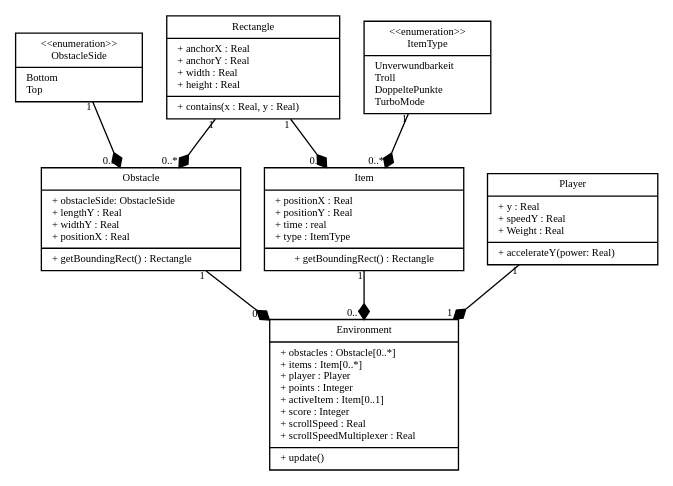
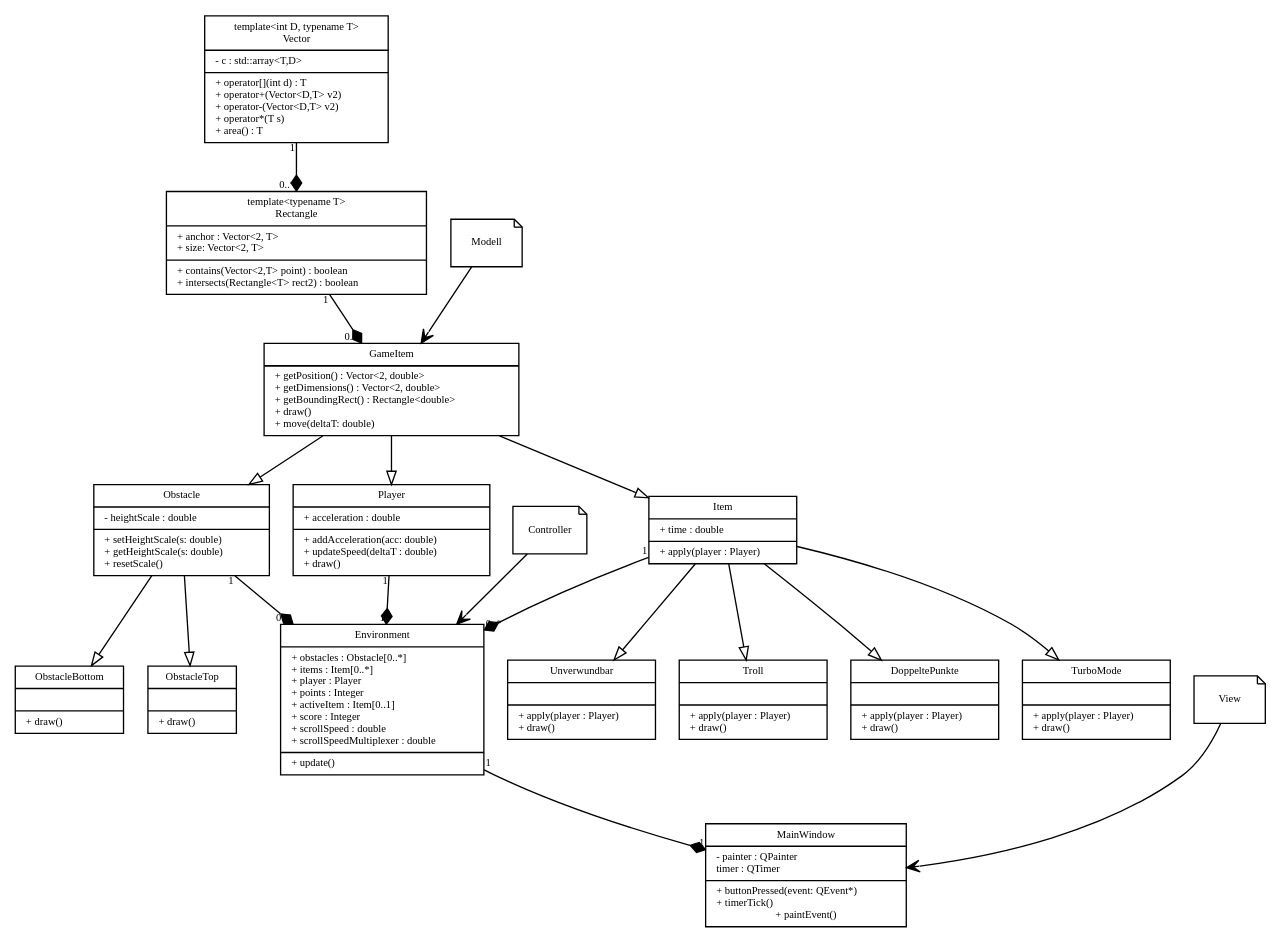
The diagram in Blatt04/klassendiagrammFlappyWizard.dot (aul12/SoPra), drawn with Graphviz before and after one commit. The commit also changed 1 other file, not shown here.

Commit message:
Uml Klassendiagramm soweit fertig

```diff
--- a/Blatt04/klassendiagrammFlappyWizard.dot
+++ b/Blatt04/klassendiagrammFlappyWizard.dot
@@ -1,80 +1,147 @@
 digraph G {
+    // General Layout
     fontname = "Bitstream Vera Sans"
     fontsize = 8
 
     node [
         fontname = "Bitstream Vera Sans"
         fontsize = 8
         shape = "record"
     ]
 
     edge [
         fontname = "Bitstream Vera Sans"
         fontsize = 8
+        arrowhead = "onormal"
+    ]
+
+    // Classes
+    MainWindow [
+        label = "{MainWindow|- painter : QPainter\ltimer : QTimer\l|+ buttonPressed(event: QEvent*)\l+ timerTick()\l+ paintEvent()}" 
     ]
 
     Environment [
-        label = "{Environment|+ obstacles : Obstacle[0..*]\l+ items : Item[0..*]\l+ player : Player\l+ points : Integer\l+ activeItem : Item[0..1]\l+ score : Integer\l+ scrollSpeed : Real\l+ scrollSpeedMultiplexer : Real\l|+ update()\l}"
+        label = "{Environment|+ obstacles : Obstacle[0..*]\l+ items : Item[0..*]\l+ player : Player\l+ points : Integer\l+ activeItem : Item[0..1]\l+ score : Integer\l+ scrollSpeed : double\l+ scrollSpeedMultiplexer : double\l|+ update()\l}"
     ]
 
+    GameItem [
+        label = "{GameItem|- boundingRect : Rectangle<double>\l- speed : Vector\<2, double\>\l|+ getPosition() : Vector\<2, double\>\l+ getDimensions() : Vector\<2, double\>\l+ getBoundingRect() : Rectangle\<double\>\l+ draw()\l+ move(deltaT: double)\l}"
+    ]
     Obstacle [
-        label = "{Obstacle|+ obstacleSide: ObstacleSide\l+ lengthY : Real\l+ widthY : Real\l+ positionX : Real\l|+ getBoundingRect() : Rectangle\l}"
+        label = "{Obstacle|- heightScale : double\l|+ setHeightScale(s: double)\l+ getHeightScale(s: double)\l+ resetScale()\l}"
     ]       
 
     Item [
-        label = "{Item|+ positionX : Real\l+ positionY : Real\l+ time : real\l+ type : ItemType\l|+ getBoundingRect() : Rectangle}"
+        label = "{Item|+ time : double\l| + apply(player : Player)\l}"
+    ]
+
+    ItemTypeUnverwundbar [
+        label = "{Unverwundbar||+ apply(player : Player)\l+ draw()\l}"
+    ]
+    ItemTypeTroll [
+        label = "{Troll||+ apply(player : Player)\l+ draw()\l}"
+    ]
+    ItemTypeDoppeltePunkte [
+        label = "{DoppeltePunkte||+ apply(player : Player)\l+ draw()\l}"
+    ]
+    ItemTypeTurboMode [
+        label = "{TurboMode||+ apply(player : Player)\l+ draw()\l}"
     ]
 
     Player [
-        label = "{Player|+ y : Real\l+ speedY : Real\l+ Weight : Real\l|+ accelerateY(power: Real)\l}"
+        label = "{Player|+ acceleration : double\l|+ addAcceleration(acc: double)\l+ updateSpeed(deltaT : double)\l+ draw()\l}"
     ]
     
-    ObstacleSide [
-        label = "{\<\<enumeration\>\>\nObstacleSide| Bottom\l Top\l}"
+    ObstacleTop [
+        label = "{ObstacleBottom|| + draw()\l}"
+    ]
+    ObstacleBottom [
+        label = "{ObstacleTop|| + draw()\l}"
     ]
 
     Rectangle [
-        label = "{Rectangle|+ anchorX : Real\l+ anchorY : Real\l+ width : Real\l+ height : Real\l|+ contains(x : Real, y : Real)\l}"
+        label = "{template\<typename T\>\nRectangle|+ anchor : Vector\<2, T\>\l+ size: Vector\<2, T\>\l|+ contains(Vector\<2,T\> point) : boolean\l+ intersects(Rectangle\<T\> rect2) : boolean\l}"
     ]
 
-    ItemType [
-        label = "{\<\<enumeration\>\>\nItemType| Unverwundbarkeit\l Troll\l DoppeltePunkte\l TurboMode\l}"
+    Vector [
+        label = "{template\<int D, typename T\>\nVector|- c : std::array\<T,D\>\l|+ operator[](int d) : T\l+ operator+(Vector\<D,T\> v2)\l+ operator-(Vector\<D,T\> v2)\l+ operator*(T s)\l+ area() : T\l}"
     ]
 
+    // Connections
+    GameItem -> Player
+    GameItem -> Obstacle
+    GameItem -> Item
+    Item -> ItemTypeUnverwundbar
+    Item -> ItemTypeTurboMode
+    Item -> ItemTypeTroll
+    Item -> ItemTypeDoppeltePunkte
+    Obstacle -> ObstacleBottom
+    Obstacle -> ObstacleTop
 
-    edge [
+    Vector -> Rectangle [
+        arrowhead = "diamond"
+
+        headlabel = "0..*"
+        taillabel = "1"
+    ]
+
+    Rectangle -> GameItem[
         arrowhead = "diamond"
 
         headlabel = "0..*"
         taillabel = "1"
     ] 
-    ObstacleSide -> Obstacle
 
-
-    edge [
+    Obstacle -> Environment[
         arrowhead = "diamond"
 
         headlabel = "0..*"
         taillabel = "1"
     ] 
-    ItemType -> Item
-    Rectangle -> Item
-    Rectangle -> Obstacle
-
-    edge [
+    Item -> Environment[
         arrowhead = "diamond"
 
         headlabel = "0..*"
         taillabel = "1"
     ] 
-    Obstacle -> Environment
-    Item -> Environment
 
-    edge [
+    Player -> Environment[
         arrowhead = "diamond"
 
         headlabel = "1"
         taillabel = "1"
     ] 
-    Player -> Environment
+
+    Environment -> MainWindow[
+        arrowhead = "diamond"
+
+        headlabel = "1"
+        taillabel = "1"
+    ] 
+
+    // Notes
+    Modell [
+        shape = "note"
+        label = "Modell"
+    ]
+    View [
+        shape = "note"
+        label = "View"
+    ]
+    Controller [
+        shape = "note"
+        label = "Controller"
+    ]
+
+    View -> MainWindow [
+        arrowhead = "vee"
+    ]
+
+    Controller -> Environment [
+        arrowhead = "vee"
+    ]
+
+    Modell -> GameItem [
+        arrowhead = "vee"
+    ]
 }    
```
